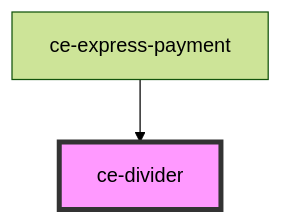
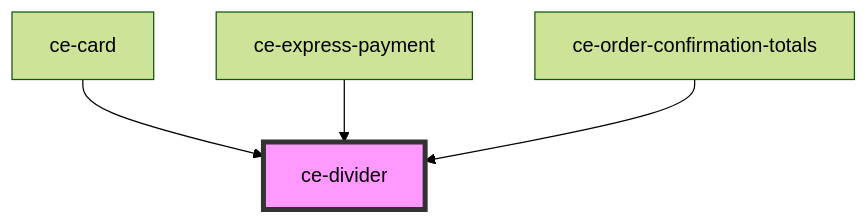
Before and after one commit to surecart/surecart-wp-plugin: the diagram in packages/components/src/components/ui/divider/readme.md, drawn with Mermaid (forest theme). The commit also changed other lines of this file and 56 other files, not shown here.

````diff
--- a/packages/components/src/components/ui/divider/readme.md
+++ b/packages/components/src/components/ui/divider/readme.md
@@ -24,5 +26,7 @@
 ```mermaid
 graph TD;
+  ce-card --> ce-divider
   ce-express-payment --> ce-divider
+  ce-order-confirmation-totals --> ce-divider
   style ce-divider fill:#f9f,stroke:#333,stroke-width:4px
 ```
````
